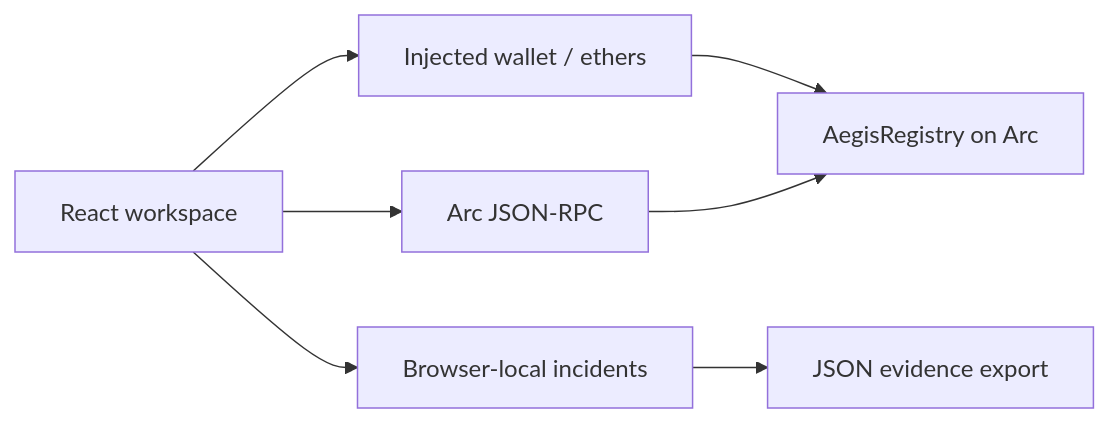
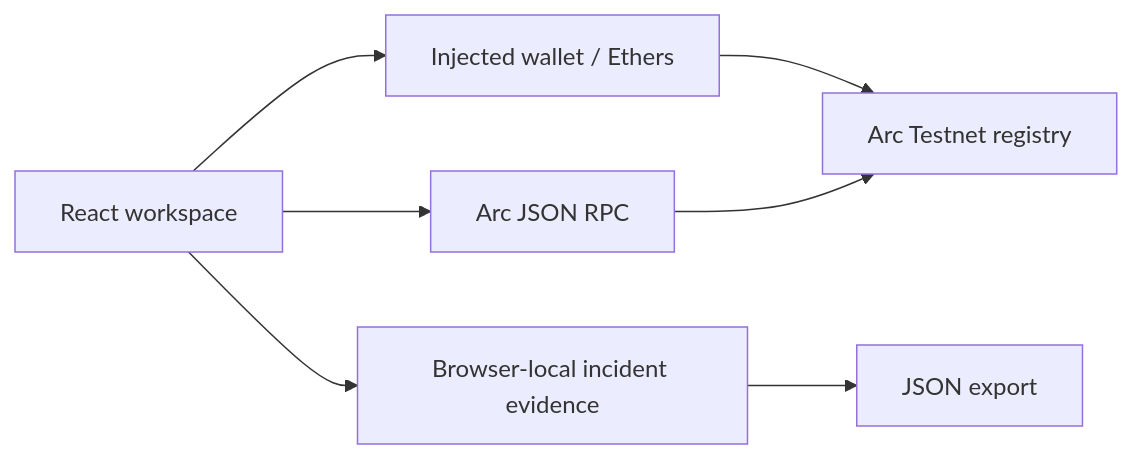
One commit to paradox-prakhar/AEGIS-PROTOCOL changed the diagram in README.md. Above: the diagram before and after it, drawn with Mermaid. The commit also changed other lines of this file and 8 other files, not shown here.

Commit message:
Add wallet-signed Arkiv storage for Arc scam reports

````diff
--- a/README.md
+++ b/README.md
@@ -61,9 +47,9 @@
 ```mermaid
 flowchart LR
-  UI[React workspace] --> Wallet[Injected wallet / ethers]
-  Wallet --> Registry[AegisRegistry on Arc]
-  UI --> RPC[Arc JSON-RPC]
+  UI[React workspace] --> Wallet[Injected wallet / Ethers]
+  Wallet --> Registry[Arc Testnet registry]
+  UI --> RPC[Arc JSON RPC]
   RPC --> Registry
-  UI --> Local[Browser-local incidents]
-  Local --> Export[JSON evidence export]
+  UI --> Local[Browser-local incident evidence]
+  Local --> Export[JSON export]
 ```
````
